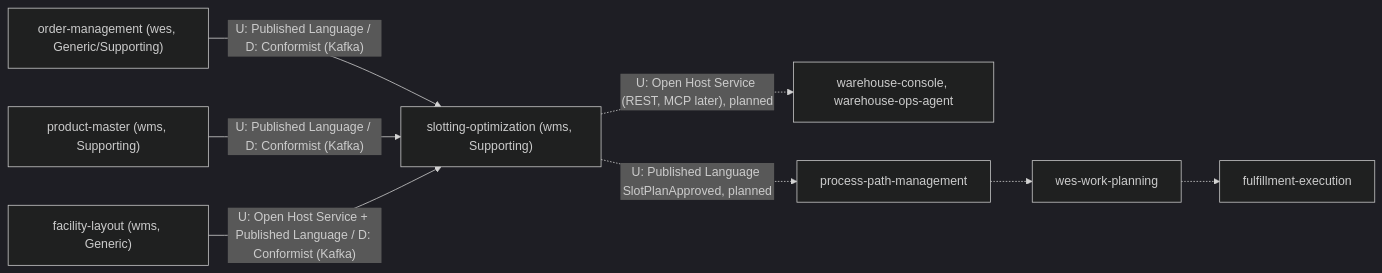
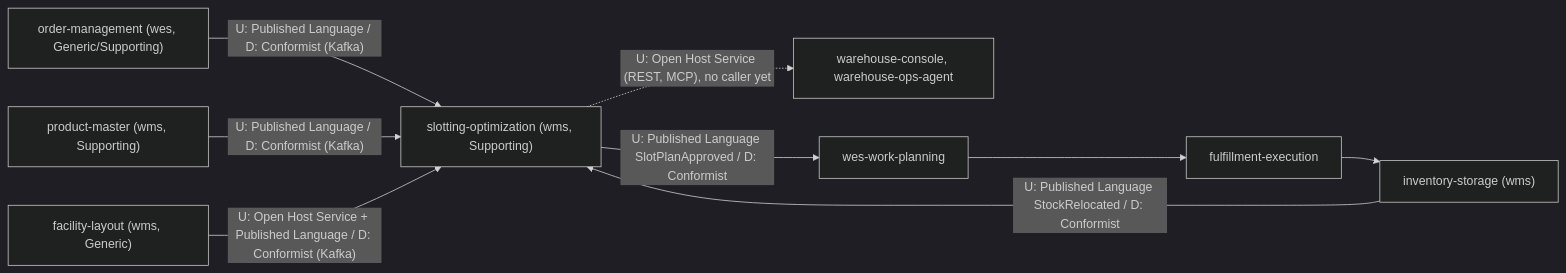
Before and after one commit to IQVO/slotting-optimization: the diagram in docs/docs/ddd/context-map.md, drawn with Mermaid (dark theme). The commit also changed other lines of this file and 30 other files, not shown here.

````diff
--- a/docs/docs/ddd/context-map.md
+++ b/docs/docs/ddd/context-map.md
@@ -15,17 +15,19 @@
 ```mermaid
 flowchart LR
     om["order-management (wes, Generic/Supporting)"]
     pm["product-master (wms, Supporting)"]
     fl["facility-layout (wms, Generic)"]
     so["slotting-optimization (wms, Supporting)"]
     ui["warehouse-console, warehouse-ops-agent"]
-    ppm["process-path-management"]
     wwp["wes-work-planning"]
     fe["fulfillment-execution"]
+    is["inventory-storage (wms)"]
     om -->|"U: Published Language / D: Conformist (Kafka)"| so
     pm -->|"U: Published Language / D: Conformist (Kafka)"| so
     fl -->|"U: Open Host Service + Published Language / D: Conformist (Kafka)"| so
-    so -.->|"U: Open Host Service (REST, MCP later), planned"| ui
-    so -.->|"U: Published Language SlotPlanApproved, planned"| ppm
-    ppm -.-> wwp -.-> fe
+    so -.->|"U: Open Host Service (REST, MCP), no caller yet"| ui
+    so -->|"U: Published Language SlotPlanApproved / D: Conformist"| wwp
+    wwp --> fe
+    fe --> is
+    is -->|"U: Published Language StockRelocated / D: Conformist"| so
 ```
````
